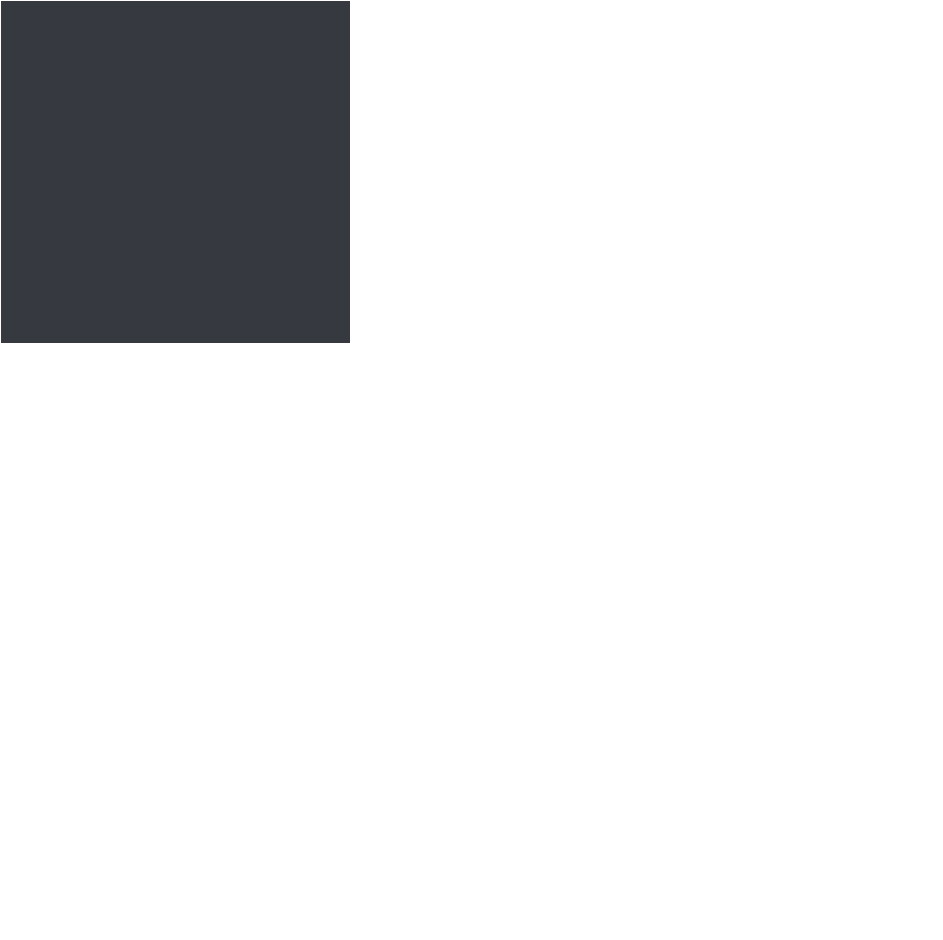
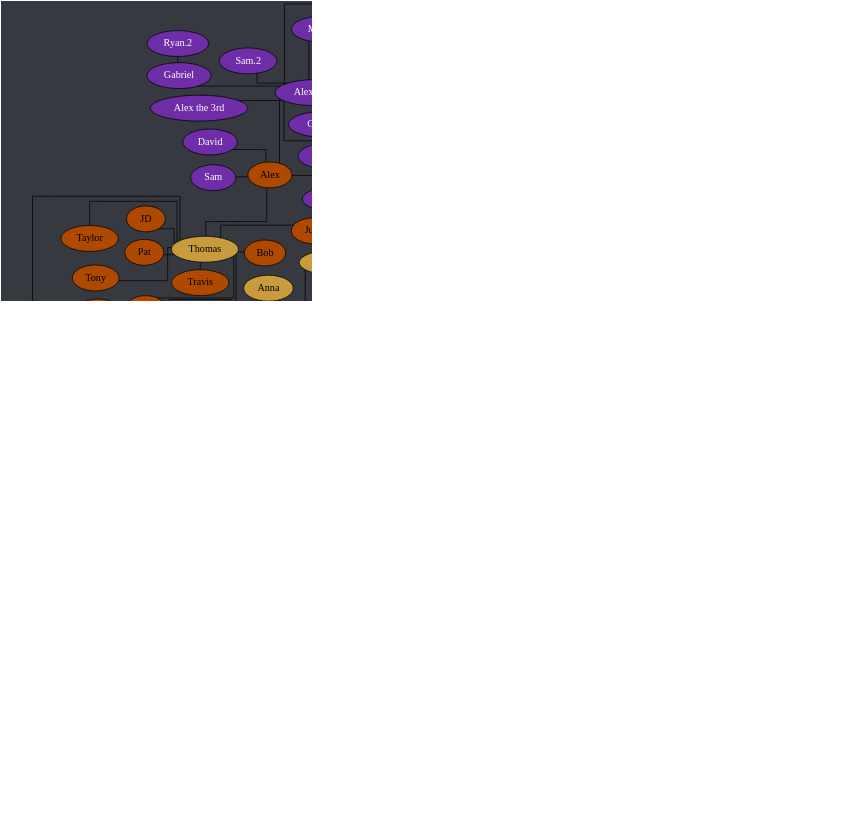
The diagram in tree.dot (Documidas/CoronaCatzFamilyTree), drawn with Graphviz before and after one commit. The commit also changed 1 other file, not shown here.

Commit message:
Add Nebtune, Zack, Cole

```diff
--- a/tree.dot
+++ b/tree.dot
@@ -1,183 +1,186 @@
 strict graph {
 	// Layout Configuration
 	layout = neato;
 	dpi = 200;
 	epsilon = 0.01;
 	mode = major;
 	model = subset;
 	overlap = false;
 	splines = ortho;
 	start = rand;
 
 	// Visual Configuration
 	graph [ truecolor=true bgcolor="#36393f" ];
 	node [ style=filled fillcolor="gray" fontcolor="black" ];
 
 	subgraph "Joel" {
 		node [ style=filled fillcolor="firebrick4" fontcolor="white" ];
 		Joel [ style=filled fillcolor="gold" fontcolor="black" ];
 
 		Cayla -- Ali;
 		Cayla -- Jonathan;
 		Cayla -- Kate;
 		Cayla -- Ranger;
 		Joel -- Anders;
 		Joel -- Cayla;
 		Joel -- Conner;
 		Joel -- Jared;
 		Joel -- Kat;
 		Joel -- Patrick;
 		Joel -- Steven;
 	}
 
 	subgraph "Anders" {
 		node [ style=filled fillcolor="green4" fontcolor="white" ];
 		// Anders [ style=filled fillcolor="green4" fontcolor="white" ];
 
 		Anders -- Chiara;
 		Anders -- Cody;
+		Anders -- Cole;
 		Anders -- Daniel;
 		Anders -- Derek;
 		Anders -- DJ;
 		Anders -- Hahnur;
 		Anders -- Jen;
 		Anders -- "Matt.2";
 		Anders -- Solis;
 		Anders -- Will;
 		Anders -- Wyatt;
 		Anders -- Zach;
+		Anders -- Zack;
 	}
 
 	subgraph "Jared" {
 		node [ style=filled fillcolor="royalblue" fontcolor="black" ];
 		// Jared [ style=filled fillcolor="royalblue" fontcolor="black" ];
 
 		Andrew -- Hannah;
+		Bryan -- Nebtune;
 		"Carter-1.0" -- Tom;
 		Cole -- "Shadia/SJ";
 		Donnie -- Bianca;
 		Donnie -- Bryan;
 		Donnie -- Troy;
 		Greg -- Andrew;
 		Greg -- "Carter-1.0";
 		Greg -- Ina;
 		Greg -- "John Boi";
 		Greg -- Tails;
 		Greg -- Tanyon;
 		Hannah -- Raana;
 		Jared -- Brandi;
 		Jared -- Dave;
 		Jared -- Donnie;
 		Jared -- Fabi;
 		Jared -- "Jack.2";
 		Jared -- Cole;
 		Jared -- Kamon;
 		Jared -- Greg;
 		Jared -- Isabelle;
 		Jared -- Mason;
 		Jared -- "Matt.1";
 		Jared -- Mehmet;
 		Jared -- Nam;
 		Jared -- Pixie;
 		Jared -- Shannon;
 		Jared -- Spencer;
 		Jared -- Tyler;
 		Jared -- "Zach/Laniakea";
 		Jared -- Zoe;
 		"John Boi" -- Hardie;
 		"Shadia/SJ" -- Kalel;
 		"Shadia/SJ" -- Tommy;
 		Tommy -- Danny;
 		Troy -- Drake;
 		Tyler -- Gaby;
 		Zoe -- Brandon;
 	}
 
 	subgraph "Zach/Laniakea" {
 		node [ style=filled fillcolor="#4eff2c" fontcolor="black" ];
 		// "Zach/Laniakea" [ style=filled fillcolor="#4eff2c" fontcolor="black" ];
 
 		"Caio.2" -- "Kyle.1";
 		"Caio.2" -- Lucas;
 		Kuri -- "Andrew/Spook";
 		Kuri -- Jon;
 		Kuri -- Karma;
 		Kuri -- Ram;
 		"Ryan/Des" -- Marcus;
 		"Ryan/Wenger" -- Gracie;
 		"Zach/Laniakea" -- Allen;
 		"Zach/Laniakea" -- "Caio.2";
 		"Zach/Laniakea" -- John;
 		"Zach/Laniakea" -- Logan;
 		"Zach/Laniakea" -- Kevin;
 		"Zach/Laniakea" -- Kuri;
 		"Zach/Laniakea" -- "Kyle.0";
 		"Zach/Laniakea" -- Mike;
 		"Zach/Laniakea" -- "Ryan/Des";
 		"Zach/Laniakea" -- "Ryan/Wenger";
 	}
 
 	subgraph "John" {
 		node [ style=filled fillcolor="#c89b3c" fontcolor="black" ];
 		// John [ style=filled fillcolor="#c89b3c" fontcolor="black" ];
 
 		John -- Anna;
 		John -- Emily;
 		John -- Haber;
 		John -- Jay;
 		John -- "Jack.1";
 		John -- Lara;
 		John -- Monarch;
 		John -- Thomas;
 	}
 
 	subgraph "John-stream" {
 		// node [ style=filled fillcolor="#9147ff" fontcolor="black" ];
 		node [ style=filled fillcolor="#c89b3c" fontcolor="black" ];
 
 		John -- "Michael/Wheezy";
 	}
 
 	subgraph "Thomas" {
 		node [ style=filled fillcolor="#b04900" fontcolor="black" ];
 		// Thomas [ style=filled fillcolor="#b04900" fontcolor="black" ];
 
 		Thomas -- Alex;
 		Thomas -- Bob;
 		Thomas -- Dre;
 		Thomas -- JD;
 		Thomas -- Josh;
 		Thomas -- Juan;
 		Thomas -- Pat;
 		Thomas -- Taylor;
 		Thomas -- Tony;
 		Thomas -- Travis;
 	}
 
 	subgraph "Alex" {
 		node [ style=filled fillcolor="#6f2da8" fontcolor="white" ];
 		// Alex [ style=filled fillcolor="#6f2da8" fontcolor="black" ];
 
 		Alex -- "Alex/Blitt";
 		Alex -- "Da'Von";
 		Alex -- David;
 		Alex -- Sam;
 		"Alex/Blitt" -- Alan;
 		"Alex/Blitt" -- "Alex the 3rd";
 		"Alex/Blitt" -- Brian;
 		"Alex/Blitt" -- Carlos;
 		"Alex/Blitt" -- Chris;
 		"Alex/Blitt" -- Gabriel;
 		"Alex/Blitt" -- "Kyle.3";
 		"Alex/Blitt" -- Laske;
 		"Alex/Blitt" -- Mikael;
 		"Alex/Blitt" -- "Ryan.1";
 		"Alex/Blitt" -- "Sam.2";
 		"Da'Von" -- Dalton;
 		"Da'Von" -- Zeller;
 		Dalton -- "Carter.2";
 		Dalton -- Graysen;
 		Gabriel -- "Ryan.2";
 		Zeller -- Sierra;
 	}
 }
```
